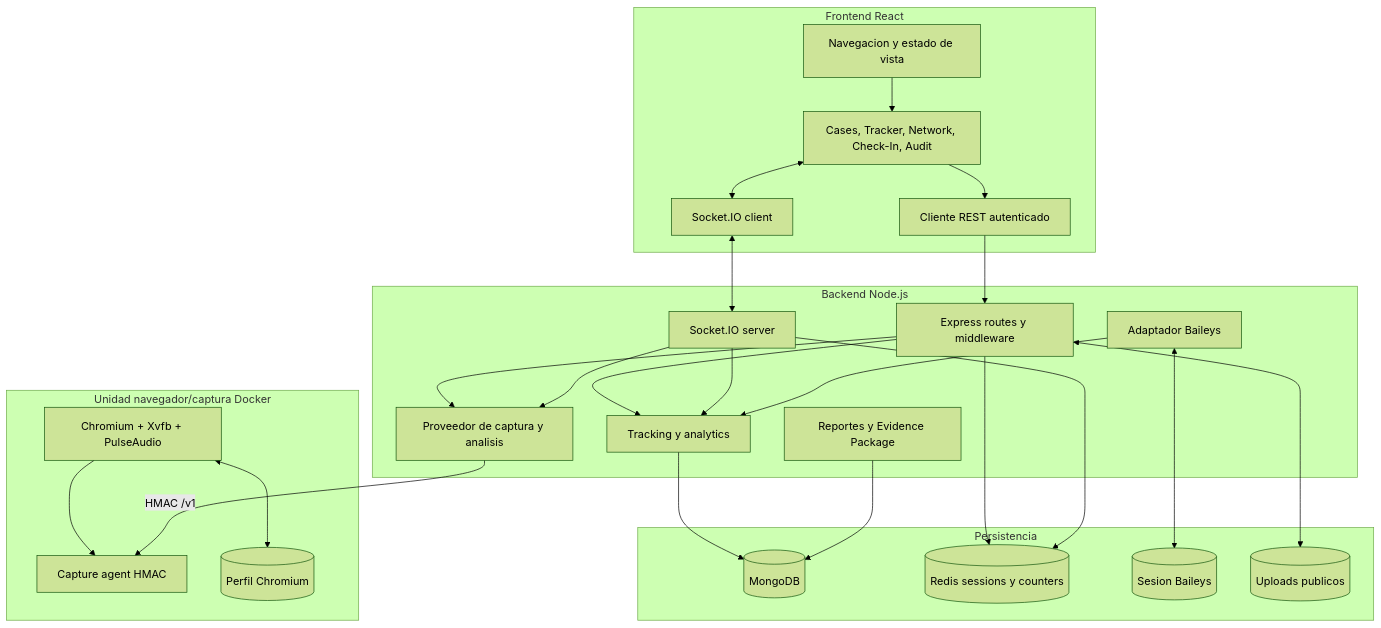
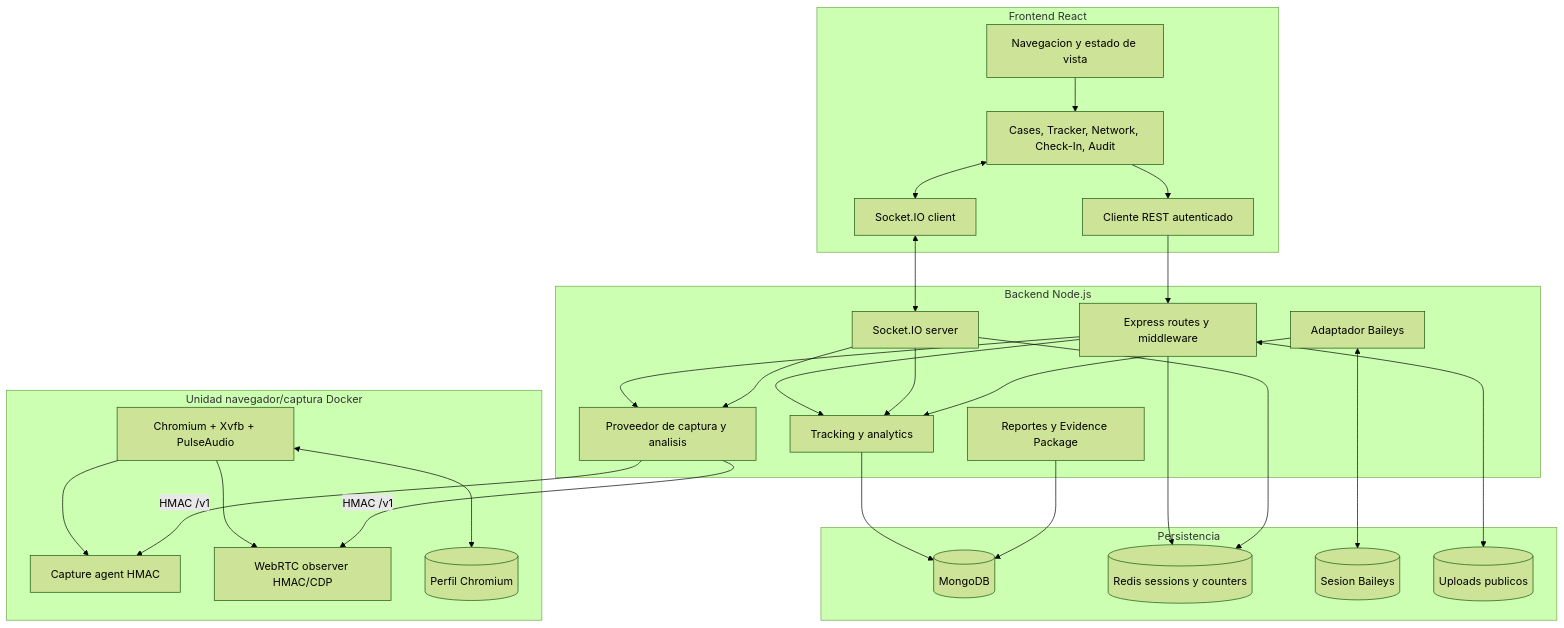
The diagram in docs/diagrams/02-container-view.md (deco31416/wp-monitor), drawn with Mermaid (forest theme) before and after one commit. The commit also changed other lines of this file and 66 other files, not shown here.

Commit message:
feat: add bounded WebRTC call evidence

````diff
--- a/docs/diagrams/02-container-view.md
+++ b/docs/diagrams/02-container-view.md
@@ -7,49 +7,52 @@
 ```mermaid
 flowchart TB
     subgraph Client[Frontend React]
       Navigation[Navegacion y estado de vista]
       Screens[Cases, Tracker, Network, Check-In, Audit]
       Http[Cliente REST autenticado]
       SocketClient[Socket.IO client]
     end
 
     subgraph API[Backend Node.js]
       Express[Express routes y middleware]
       SocketServer[Socket.IO server]
       Baileys[Adaptador Baileys]
       Tracking[Tracking y analytics]
       CaptureService[Proveedor de captura y analisis]
       Reporting[Reportes y Evidence Package]
     end
 
     subgraph BrowserUnit[Unidad navegador/captura Docker]
       Browser[Chromium + Xvfb + PulseAudio]
       Agent[Capture agent HMAC]
+      Observer[WebRTC observer HMAC/CDP]
       Profile[(Perfil Chromium)]
       Browser <--> Profile
       Browser --> Agent
+      Browser --> Observer
     end
 
     subgraph Persistence[Persistencia]
       Mongo[(MongoDB)]
       Redis[(Redis sessions y counters)]
       Session[(Sesion Baileys)]
       Uploads[(Uploads publicos)]
     end
 
     Navigation --> Screens
     Screens --> Http --> Express
     Screens <--> SocketClient <--> SocketServer
     Express --> Tracking
     SocketServer --> Tracking
     Express --> CaptureService
     SocketServer --> CaptureService
     CaptureService -->|HMAC /v1| Agent
+    CaptureService -->|HMAC /v1| Observer
     Baileys --> Tracking
     Tracking --> Mongo
     Express --> Redis
     SocketServer --> Redis
     Reporting --> Mongo
     Baileys <--> Session
     Express <--> Uploads
 ```
````
